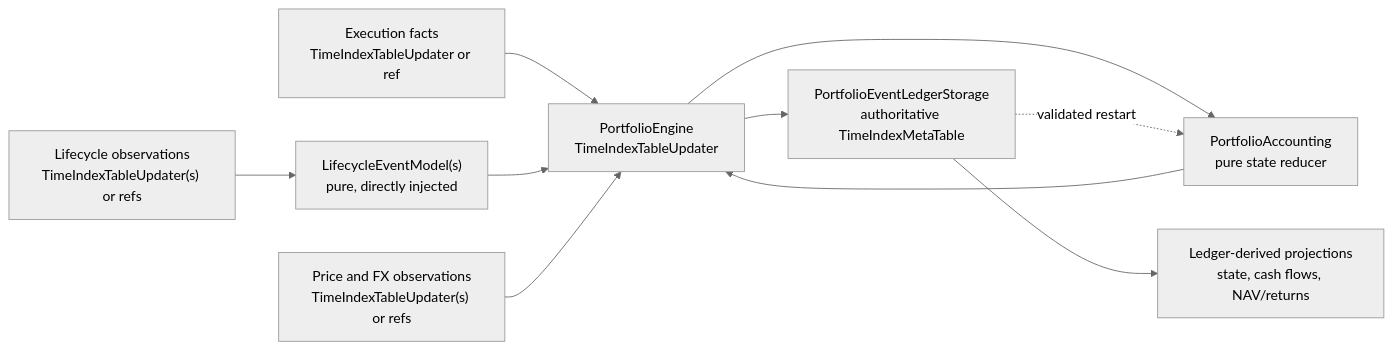
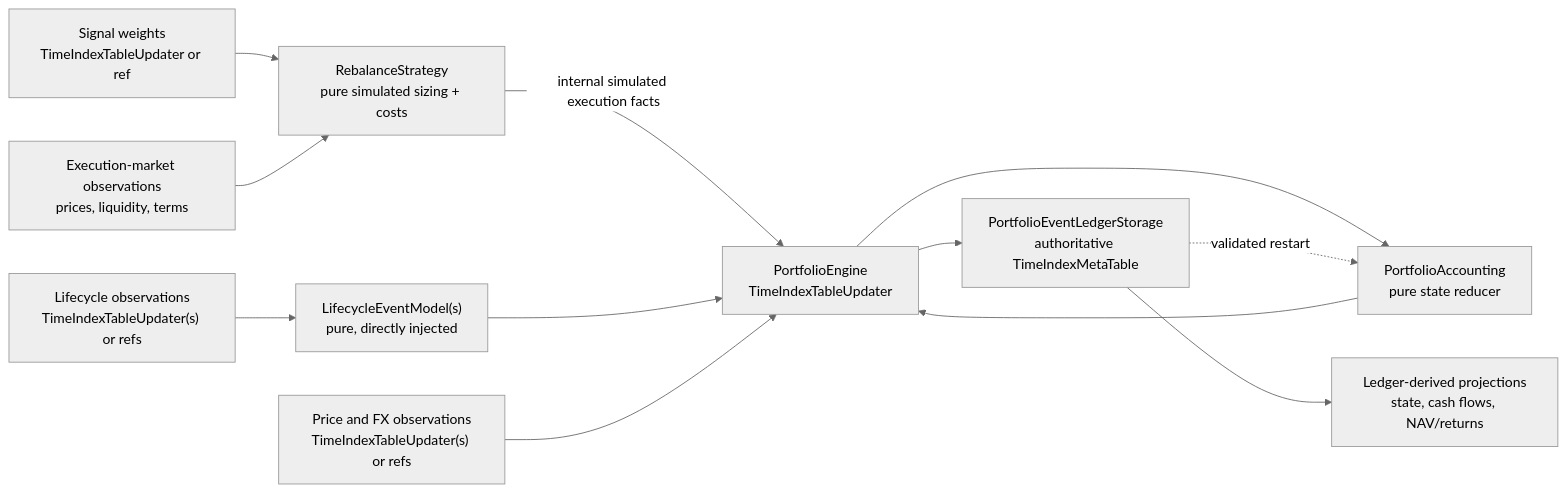
The diagram in docs/knowledge/msm_portfolios/portfolios/accounting.md (mainsequence-projects/MainSequenceMarkets), drawn with Mermaid (neutral theme) before and after one commit. The commit also changed other lines of this file and 29 other files, not shown here.

````diff
--- a/docs/knowledge/msm_portfolios/portfolios/accounting.md
+++ b/docs/knowledge/msm_portfolios/portfolios/accounting.md
@@ -28,19 +30,23 @@
 ```mermaid
 flowchart LR
-    EF["Execution facts<br/>TimeIndexTableUpdater or ref"]
+    SW["Signal weights<br/>TimeIndexTableUpdater or ref"]
+    MO["Execution-market observations<br/>prices, liquidity, terms"]
+    RS["RebalanceStrategy<br/>pure simulated sizing + costs"]
     LF["Lifecycle observations<br/>TimeIndexTableUpdater(s) or refs"]
     VM["Price and FX observations<br/>TimeIndexTableUpdater(s) or refs"]
     LM["LifecycleEventModel(s)<br/>pure, directly injected"]
     PA["PortfolioAccounting<br/>pure state reducer"]
     PE["PortfolioEngine<br/>TimeIndexTableUpdater"]
     EL["PortfolioEventLedgerStorage<br/>authoritative TimeIndexMetaTable"]
     RP["Ledger-derived projections<br/>state, cash flows, NAV/returns"]
 
-    EF --> PE
+    SW --> RS
+    MO --> RS
+    RS -->|internal simulated execution facts| PE
     LF --> LM --> PE
     VM --> PE
     PE --> PA --> PE
     PE --> EL
     EL -. validated restart .-> PA
     EL --> RP
 ```
````
